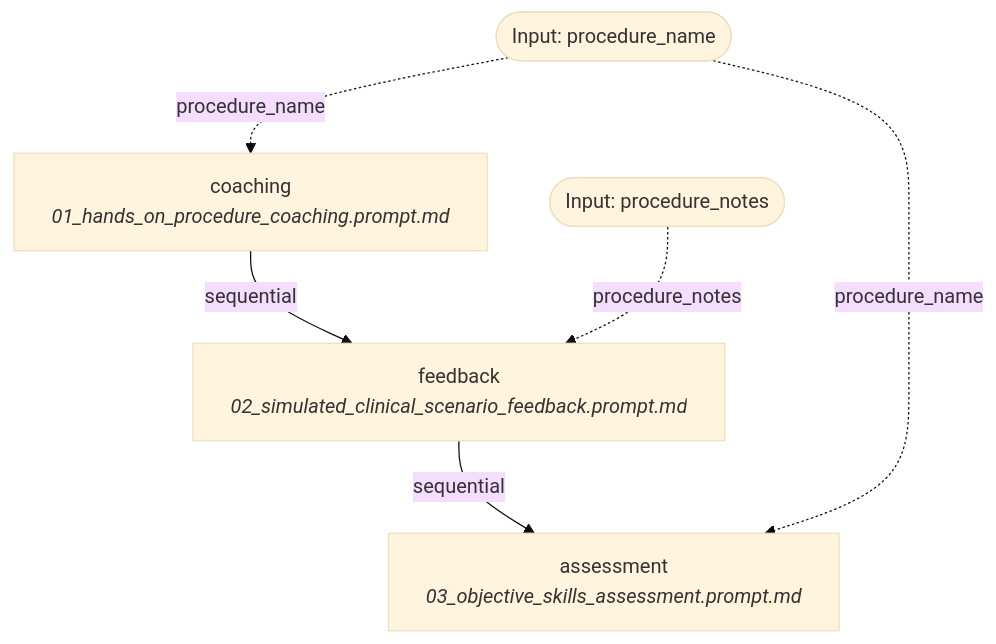
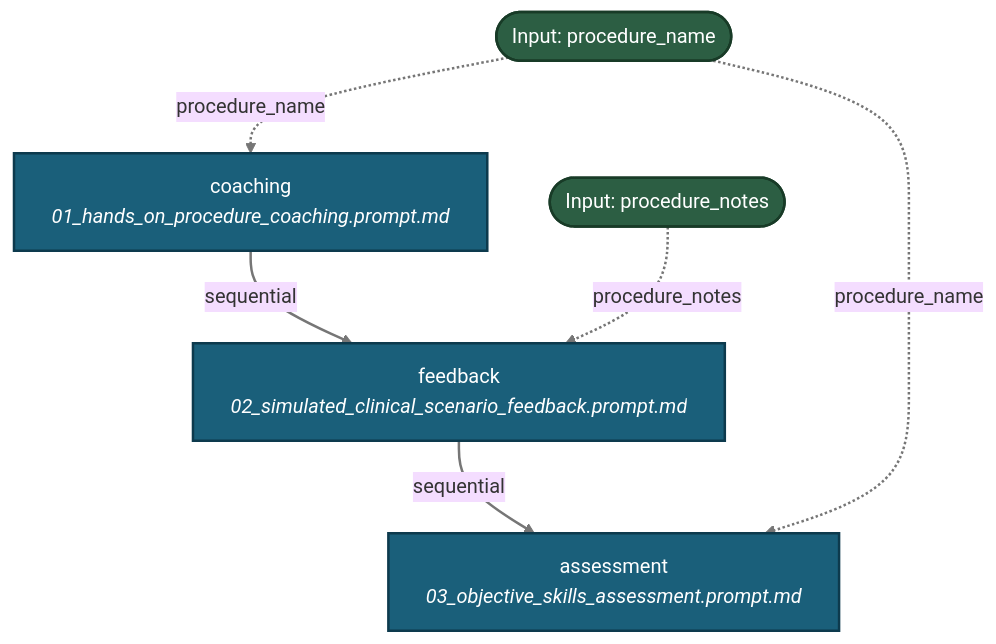
One commit to fderuiter/proompts changed the diagram in docs/workflows/bioskills.md. Above: the diagram before and after it, drawn with Mermaid (base theme). The commit also changed 267 other files, not shown here.

````diff
--- a/docs/workflows/bioskills.md
+++ b/docs/workflows/bioskills.md
@@ -11,13 +11,16 @@
 ```mermaid
 graph TD
-    INPUT_procedure_name([Input: procedure_name])
-    INPUT_procedure_notes([Input: procedure_notes])
-    coaching[coaching<br><i>01_hands_on_procedure_coaching.prompt.md</i>]
+    classDef stepNode fill:#1a5f7a,stroke:#0d3a4d,stroke-width:2px,color:#ffffff;
+    classDef inputNode fill:#2c5e43,stroke:#183b27,stroke-width:2px,color:#ffffff;
+    INPUT_procedure_name([Input: procedure_name]):::inputNode
+    INPUT_procedure_notes([Input: procedure_notes]):::inputNode
+    coaching[coaching<br><i>01_hands_on_procedure_coaching.prompt.md</i>]:::stepNode
     INPUT_procedure_name -. procedure_name .-> coaching
     coaching -->|sequential| feedback
-    feedback[feedback<br><i>02_simulated_clinical_scenario_feedback.prompt.md</i>]
+    feedback[feedback<br><i>02_simulated_clinical_scenario_feedback.prompt.md</i>]:::stepNode
     INPUT_procedure_notes -. procedure_notes .-> feedback
     feedback -->|sequential| assessment
-    assessment[assessment<br><i>03_objective_skills_assessment.prompt.md</i>]
+    assessment[assessment<br><i>03_objective_skills_assessment.prompt.md</i>]:::stepNode
     INPUT_procedure_name -. procedure_name .-> assessment
+    linkStyle default stroke:#767676,stroke-width:2px;
 ```
````
